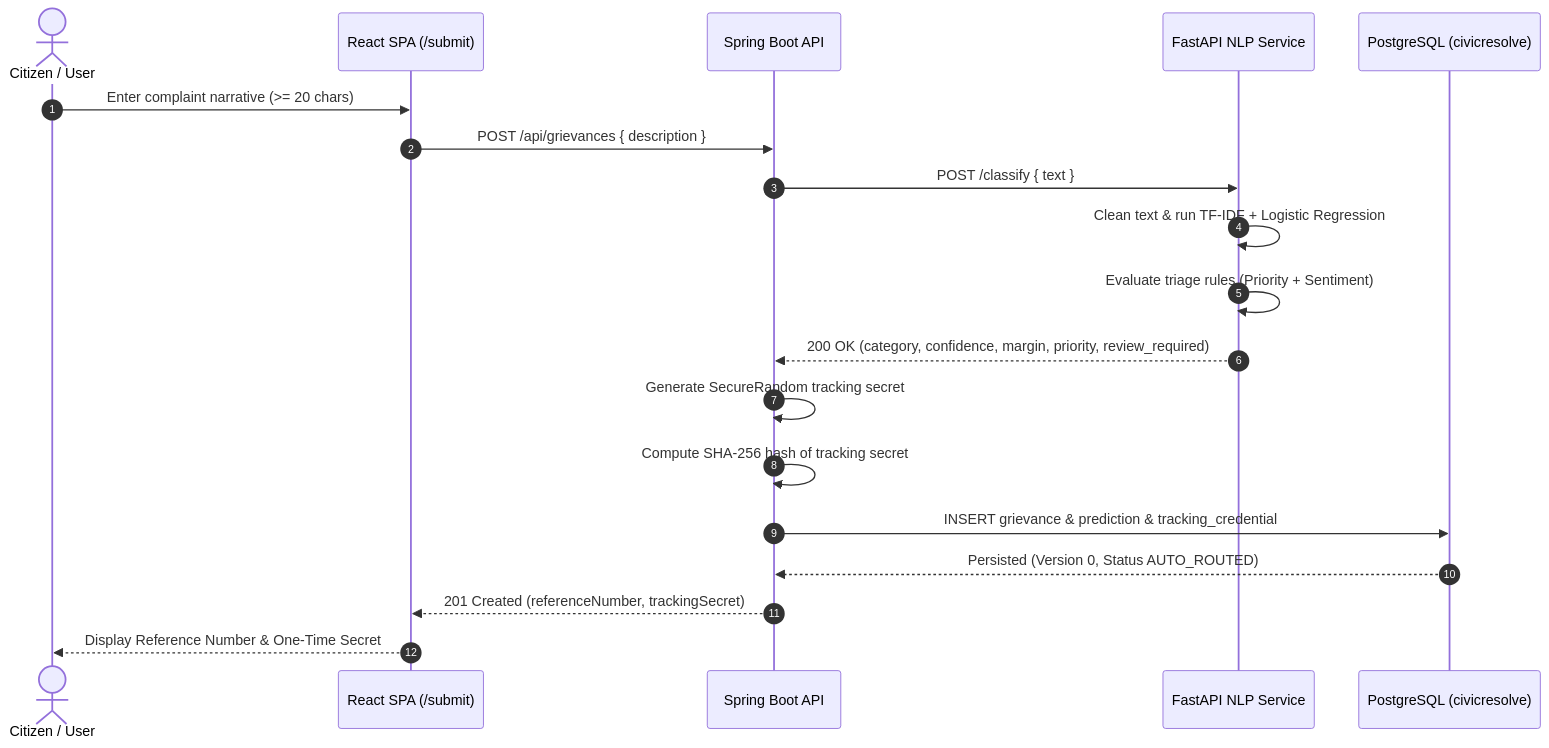
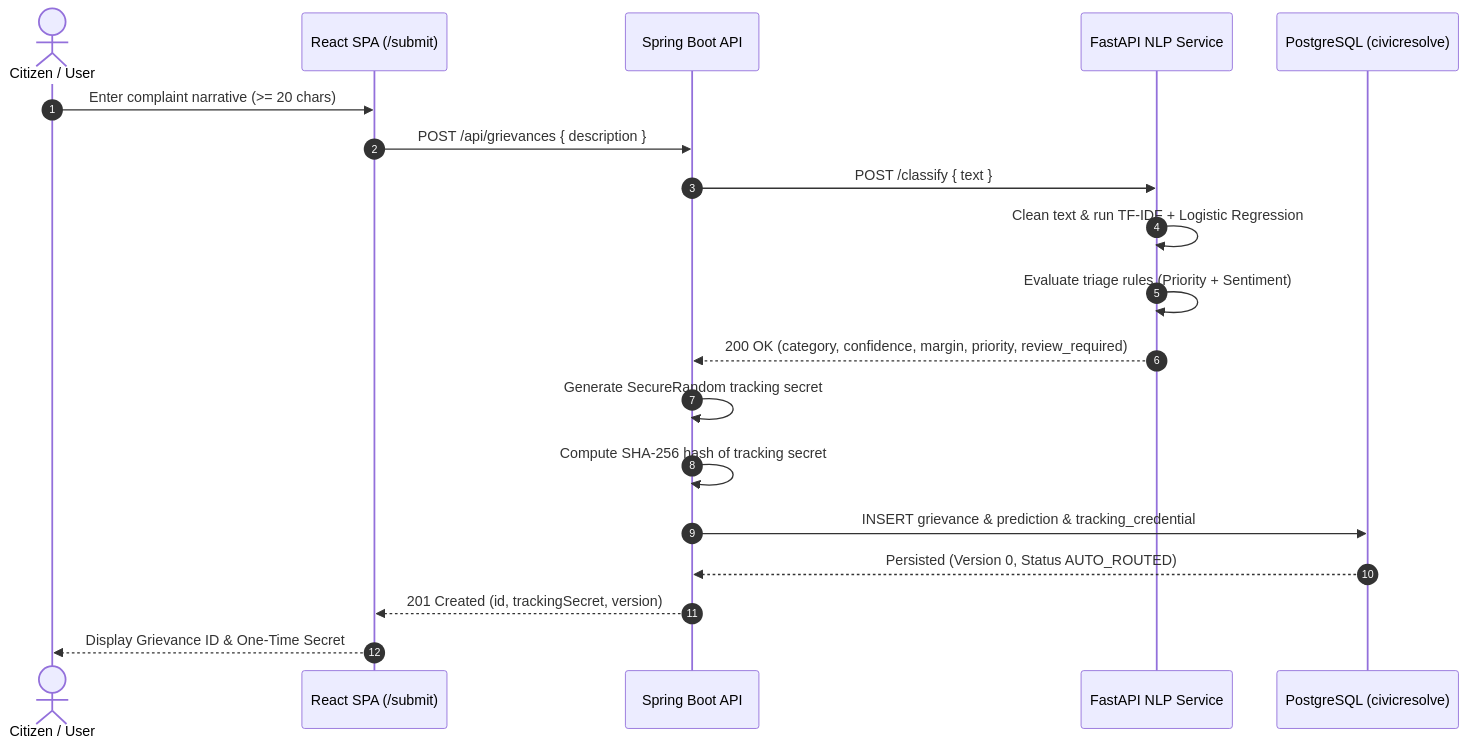
One commit to Gaurav-Ojha65/CivicResolveAI changed the second of 3 diagrams in docs/ARCHITECTURE.md. Above: the diagram before and after it, drawn with Mermaid. The commit also changed other lines of this file and 31 other files, not shown here.

````diff
--- a/docs/ARCHITECTURE.md
+++ b/docs/ARCHITECTURE.md
@@ -121,22 +121,22 @@
 ```mermaid
 sequenceDiagram
     autonumber
     actor Citizen as Citizen / User
     participant Frontend as React SPA (/submit)
     participant Backend as Spring Boot API
     participant NLP as FastAPI NLP Service
     participant DB as PostgreSQL (civicresolve)
 
     Citizen->>Frontend: Enter complaint narrative (>= 20 chars)
     Frontend->>Backend: POST /api/grievances { description }
     Backend->>NLP: POST /classify { text }
     NLP->>NLP: Clean text & run TF-IDF + Logistic Regression
     NLP->>NLP: Evaluate triage rules (Priority + Sentiment)
     NLP-->>Backend: 200 OK (category, confidence, margin, priority, review_required)
     Backend->>Backend: Generate SecureRandom tracking secret
     Backend->>Backend: Compute SHA-256 hash of tracking secret
     Backend->>DB: INSERT grievance & prediction & tracking_credential
     DB-->>Backend: Persisted (Version 0, Status AUTO_ROUTED)
-    Backend-->>Frontend: 201 Created (referenceNumber, trackingSecret)
-    Frontend-->>Citizen: Display Reference Number & One-Time Secret
+    Backend-->>Frontend: 201 Created (id, trackingSecret, version)
+    Frontend-->>Citizen: Display Grievance ID & One-Time Secret
 ```
````
